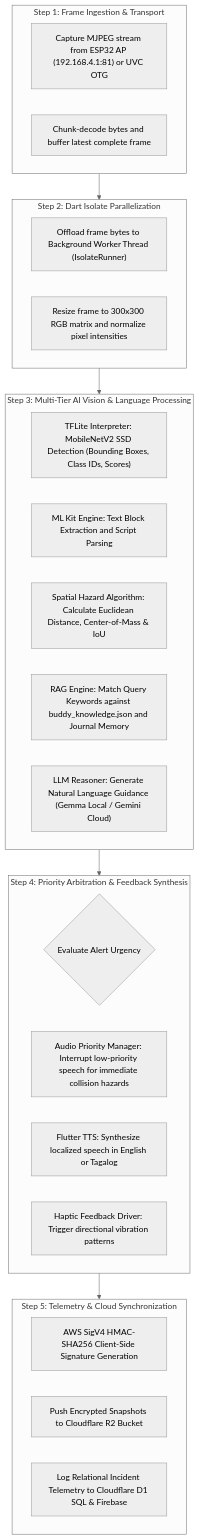
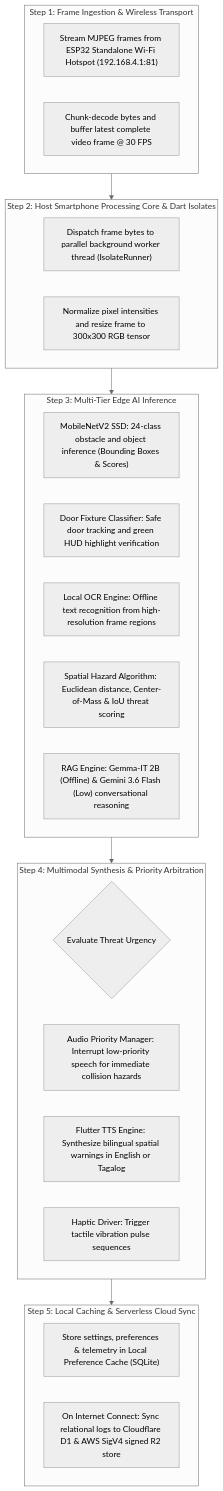
The second of 3 diagrams in docs/architecture/conceptual_framework.md (Thes-IS-IT/Easylens), drawn with Mermaid (neutral theme) before and after one commit. The commit also changed other lines of this file and 2 other files, not shown here.

Commit message:
docs: simplify conceptual framework to match Eraser.io IPO model, remove Wired UVC/USB-OTG, and update LLM models to Gemma-IT 2B & Gemini 3.6 Flash (Low)

````diff
--- a/docs/architecture/conceptual_framework.md
+++ b/docs/architecture/conceptual_framework.md
@@ -93,35 +99,34 @@
 ```mermaid
 flowchart TD
-    subgraph Step1 ["Step 1: Frame Ingestion & Transport"]
-        P1A["Capture MJPEG stream from ESP32 AP (192.168.4.1:81) or UVC OTG"]
-        P1B["Chunk-decode bytes and buffer latest complete frame"]
+    subgraph Step1 ["Step 1: Frame Ingestion & Wireless Transport"]
+        P1A["Stream MJPEG frames from ESP32 Standalone Wi-Fi Hotspot (192.168.4.1:81)"]
+        P1B["Chunk-decode bytes and buffer latest complete video frame @ 30 FPS"]
     end
 
-    subgraph Step2 ["Step 2: Dart Isolate Parallelization"]
-        P2A["Offload frame bytes to Background Worker Thread (IsolateRunner)"]
-        P2B["Resize frame to 300x300 RGB matrix and normalize pixel intensities"]
+    subgraph Step2 ["Step 2: Host Smartphone Processing Core & Dart Isolates"]
+        P2A["Dispatch frame bytes to parallel background worker thread (IsolateRunner)"]
+        P2B["Normalize pixel intensities and resize frame to 300x300 RGB tensor"]
     end
 
-    subgraph Step3 ["Step 3: Multi-Tier AI Vision & Language Processing"]
-        P3A["TFLite Interpreter: MobileNetV2 SSD Detection (Bounding Boxes, Class IDs, Scores)"]
-        P3B["ML Kit Engine: Text Block Extraction and Script Parsing"]
-        P3C["Spatial Hazard Algorithm: Calculate Euclidean Distance, Center-of-Mass & IoU"]
-        P3D["RAG Engine: Match Query Keywords against buddy_knowledge.json and Journal Memory"]
-        P3E["LLM Reasoner: Generate Natural Language Guidance (Gemma Local / Gemini Cloud)"]
+    subgraph Step3 ["Step 3: Multi-Tier Edge AI Inference"]
+        P3A["MobileNetV2 SSD: 24-class obstacle and object inference (Bounding Boxes & Scores)"]
+        P3B["Door Fixture Classifier: Safe door tracking and green HUD highlight verification"]
+        P3C["Local OCR Engine: Offline text recognition from high-resolution frame regions"]
+        P3D["Spatial Hazard Algorithm: Euclidean distance, Center-of-Mass & IoU threat scoring"]
+        P3E["RAG Engine: Gemma-IT 2B (Offline) & Gemini 3.6 Flash (Low) conversational reasoning"]
     end
 
-    subgraph Step4 ["Step 4: Priority Arbitration & Feedback Synthesis"]
-        P4A{"Evaluate Alert Urgency"}
+    subgraph Step4 ["Step 4: Multimodal Synthesis & Priority Arbitration"]
+        P4A{"Evaluate Threat Urgency"}
         P4B["Audio Priority Manager: Interrupt low-priority speech for immediate collision hazards"]
-        P4C["Flutter TTS: Synthesize localized speech in English or Tagalog"]
-        P4D["Haptic Feedback Driver: Trigger directional vibration patterns"]
+        P4C["Flutter TTS Engine: Synthesize bilingual spatial warnings in English or Tagalog"]
+        P4D["Haptic Driver: Trigger tactile vibration pulse sequences"]
     end
 
-    subgraph Step5 ["Step 5: Telemetry & Cloud Synchronization"]
-        P5A["AWS SigV4 HMAC-SHA256 Client-Side Signature Generation"]
-        P5B["Push Encrypted Snapshots to Cloudflare R2 Bucket"]
-        P5C["Log Relational Incident Telemetry to Cloudflare D1 SQL & Firebase"]
+    subgraph Step5 ["Step 5: Local Caching & Serverless Cloud Sync"]
+        P5A["Store settings, preferences & telemetry in Local Preference Cache (SQLite)"]
+        P5B["On Internet Connect: Sync relational logs to Cloudflare D1 & AWS SigV4 signed R2 store"]
     end
 
     Step1 --> Step2 --> Step3 --> Step4 --> Step5
 ```
````
